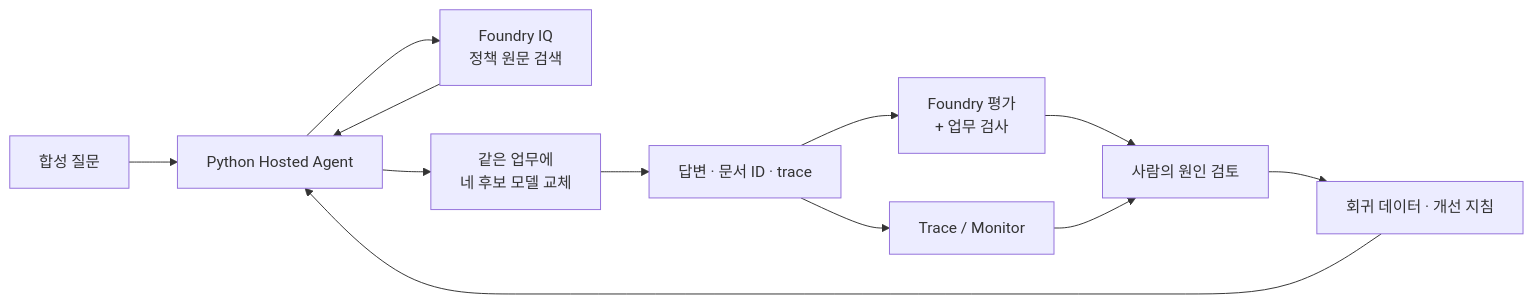
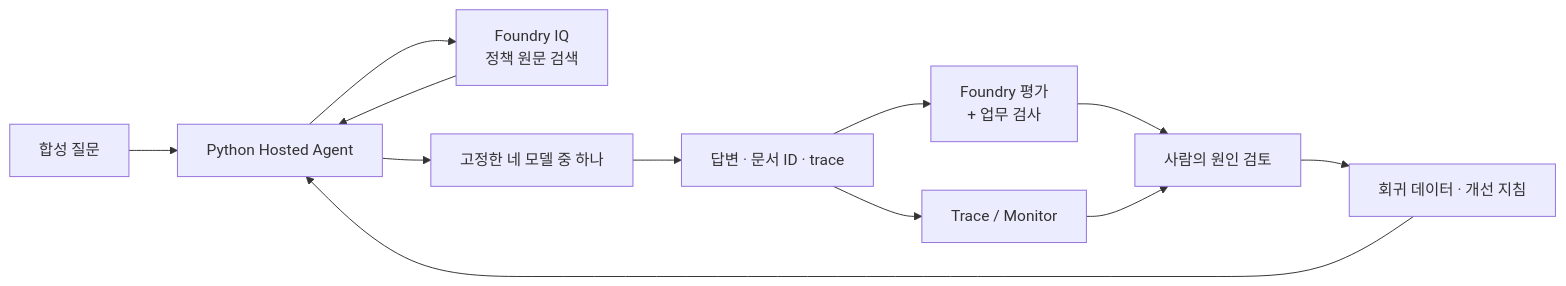
Before and after one commit to junwoojeong100/foundry-evaluation: the diagram in docs/reference.ko.md, drawn with Mermaid. The commit also changed other lines of this file and 11 other files, not shown here.

````diff
--- a/docs/reference.ko.md
+++ b/docs/reference.ko.md
@@ -35,14 +36,14 @@
 ```mermaid
 flowchart LR
     Q["합성 질문"] --> A["Python Hosted Agent"]
     A --> K["Foundry IQ\n정책 원문 검색"]
     K --> A
-    A --> M["같은 업무에\n네 후보 모델 교체"]
+    A --> M["고정한 네 모델 중 하나"]
     M --> R["답변 · 문서 ID · trace"]
     R --> E["Foundry 평가\n+ 업무 검사"]
     R --> T["Trace / Monitor"]
     E --> H["사람의 원인 검토"]
     T --> H
     H --> P["회귀 데이터 · 개선 지침"]
     P --> A
 ```
````
